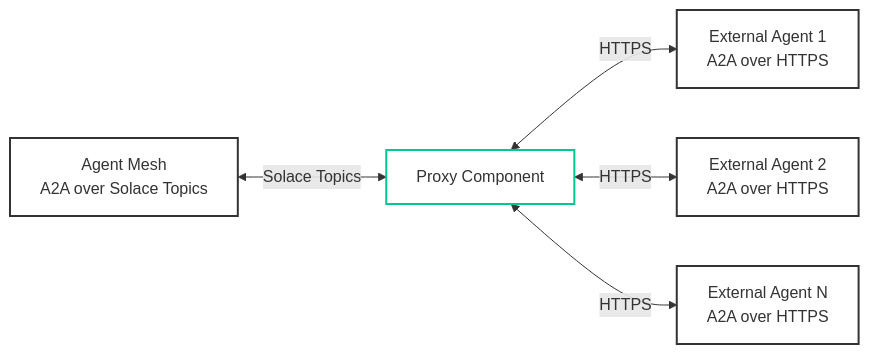
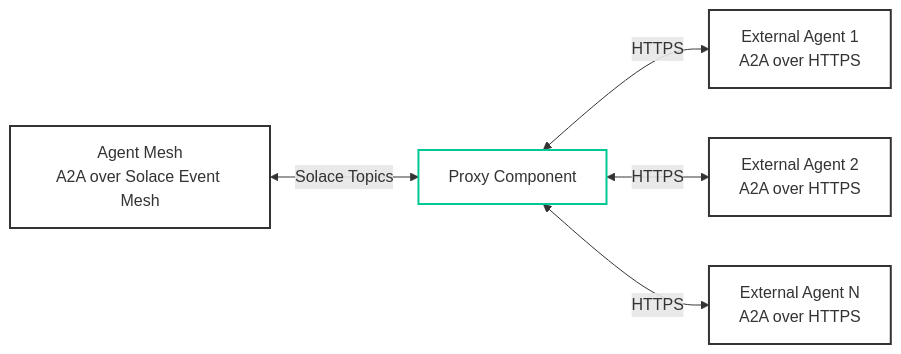
Before and after one commit to SolaceLabs/solace-agent-mesh: the diagram in docs/docs/documentation/components/proxies.md, drawn with Mermaid. The commit also changed other lines of this file and 1 other file, not shown here.

Commit message:
docs: replace "Solace topics" with "Solace event mesh" in proxy documentation

````diff
--- a/docs/docs/documentation/components/proxies.md
+++ b/docs/docs/documentation/components/proxies.md
@@ -59,13 +59,13 @@
 ```mermaid
 graph LR
-    A[Agent Mesh<br/>A2A over Solace Topics] <-->|Solace Topics| B[Proxy Component]
+    A[Agent Mesh<br/>A2A over Solace Event Mesh] <-->|Solace Topics| B[Proxy Component]
     B <-->|HTTPS| C[External Agent 1<br/>A2A over HTTPS]
     B <-->|HTTPS| D[External Agent 2<br/>A2A over HTTPS]
     B <-->|HTTPS| E[External Agent N<br/>A2A over HTTPS]
     
     style B fill:none,stroke:#00C895,stroke-width:2px
     style A fill:none,stroke:#333,stroke-width:2px
     style C fill:none,stroke:#333,stroke-width:2px
     style D fill:none,stroke:#333,stroke-width:2px
     style E fill:none,stroke:#333,stroke-width:2px
 ```
````
